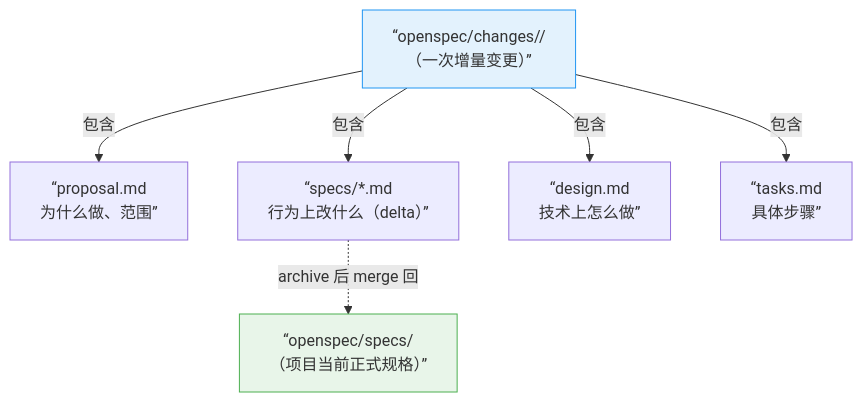
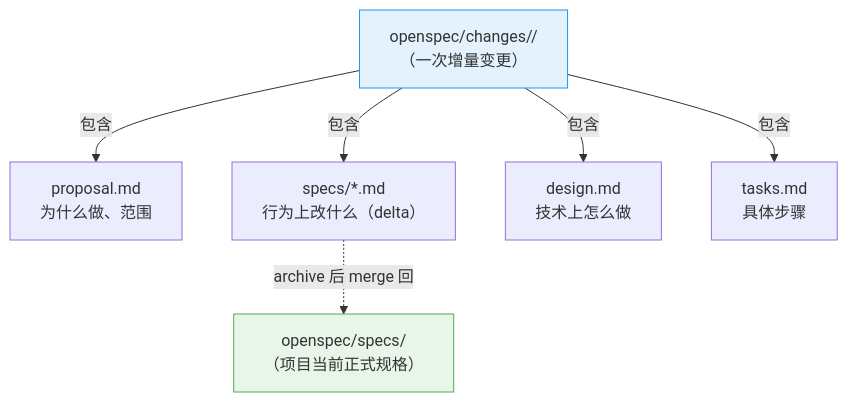
Before and after one commit to ethan-jiang-3/OpenSpec: the first of 2 diagrams in _digested_docs/new/02-中级-把核心概念真正串起来.md, drawn with Mermaid. The commit also changed other lines of this file and 10 other files, not shown here.

````diff
--- a/_digested_docs/new/02-中级-把核心概念真正串起来.md
+++ b/_digested_docs/new/02-中级-把核心概念真正串起来.md
@@ -13,18 +13,18 @@
 ```mermaid
 graph TD
-    A[“openspec/specs/<br/>（项目当前正式规格）”] 
-    B[“openspec/changes/<name>/<br/>（一次增量变更）”]
-    C[“proposal.md<br/>为什么做、范围”]
-    D[“specs/*.md<br/>行为上改什么（delta）”]
-    E[“design.md<br/>技术上怎么做”]
-    F[“tasks.md<br/>具体步骤”]
+    A["openspec/specs/<br/>（项目当前正式规格）"] 
+    B["openspec/changes/<name>/<br/>（一次增量变更）"]
+    C["proposal.md<br/>为什么做、范围"]
+    D["specs/*.md<br/>行为上改什么（delta）"]
+    E["design.md<br/>技术上怎么做"]
+    F["tasks.md<br/>具体步骤"]
     
     B -->|包含| C
     B -->|包含| D
     B -->|包含| E
     B -->|包含| F
     D -.archive 后 merge 回.-> A
     
     style A fill:#e8f5e9,stroke:#4caf50
     style B fill:#e3f2fd,stroke:#2196f3
 ```
````
